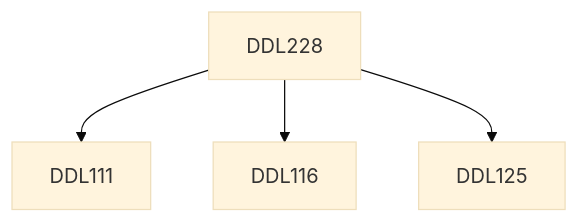
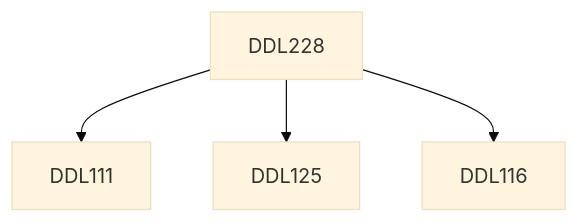
One commit to KeshavBansal0122/CoS_Website changed the diagram in content/Design/DDL228.md. Above: the diagram before and after it, drawn with Mermaid (base theme). The commit also changed other lines of this file and 2662 other files, not shown here.

````diff
--- a/content/Design/DDL228.md
+++ b/content/Design/DDL228.md
@@ -13,10 +13,10 @@
 ```mermaid
 flowchart TD
 DDL228-301[DDL228]
 DDL228-301 --> DDL111-301[DDL111]
+DDL228-301 --> DDL125-301[DDL125]
 DDL228-301 --> DDL116-301[DDL116]
-DDL228-301 --> DDL125-301[DDL125]
 
 classDef empty height:17px, fill:transparent, stroke:transparent;
 classDef trueEmpty height:0px, width:0px;
 ```
````
